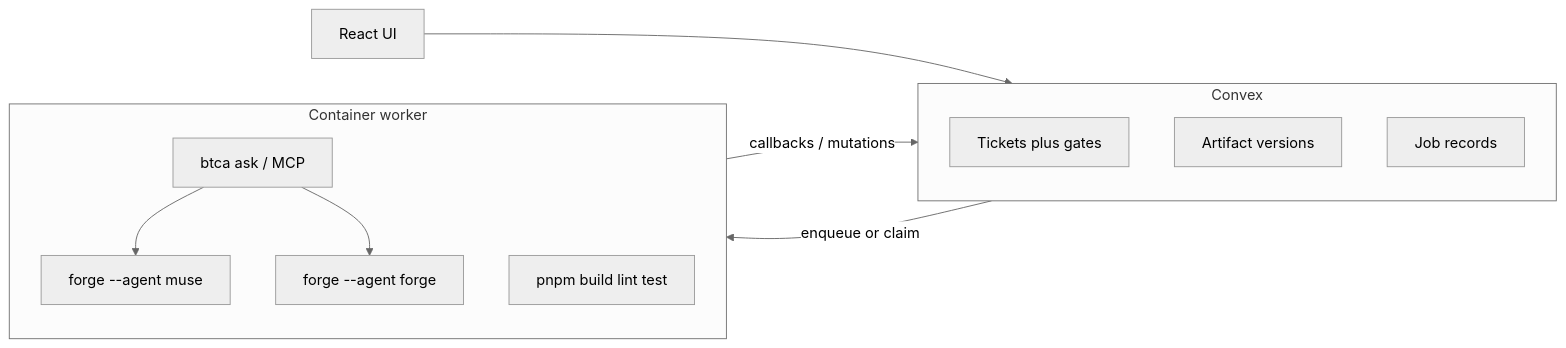
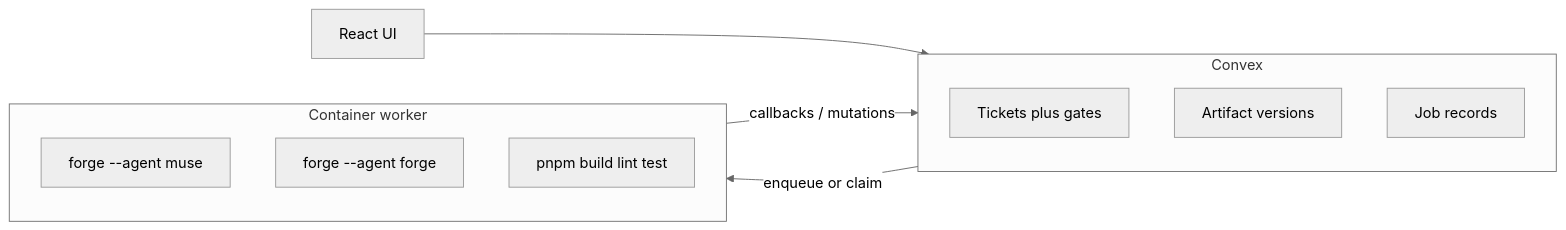
One commit to prateekkumaroriginal/synapse changed the diagram in ticket_ai_workflow_19104437.plan.md. Above: the diagram before and after it, drawn with Mermaid (neutral theme). The commit also changed other lines of this file and 5 other files, not shown here.

````diff
--- a/ticket_ai_workflow_19104437.plan.md
+++ b/ticket_ai_workflow_19104437.plan.md
@@ -42,19 +42,16 @@
 ```mermaid
 flowchart LR
   subgraph convex [Convex]
     Tickets[Tickets plus gates]
     Artifacts[Artifact versions]
     Jobs[Job records]
   end
   subgraph worker [Container worker]
-    BTCA[btca ask / MCP]
     Muse[forge --agent muse]
     Forge[forge --agent forge]
     Val[pnpm build lint test]
   end
   UI[React UI] --> convex
   convex -->|enqueue or claim| worker
   worker -->|callbacks / mutations| convex
-  BTCA --> Muse
-  BTCA --> Forge
 ```
````
